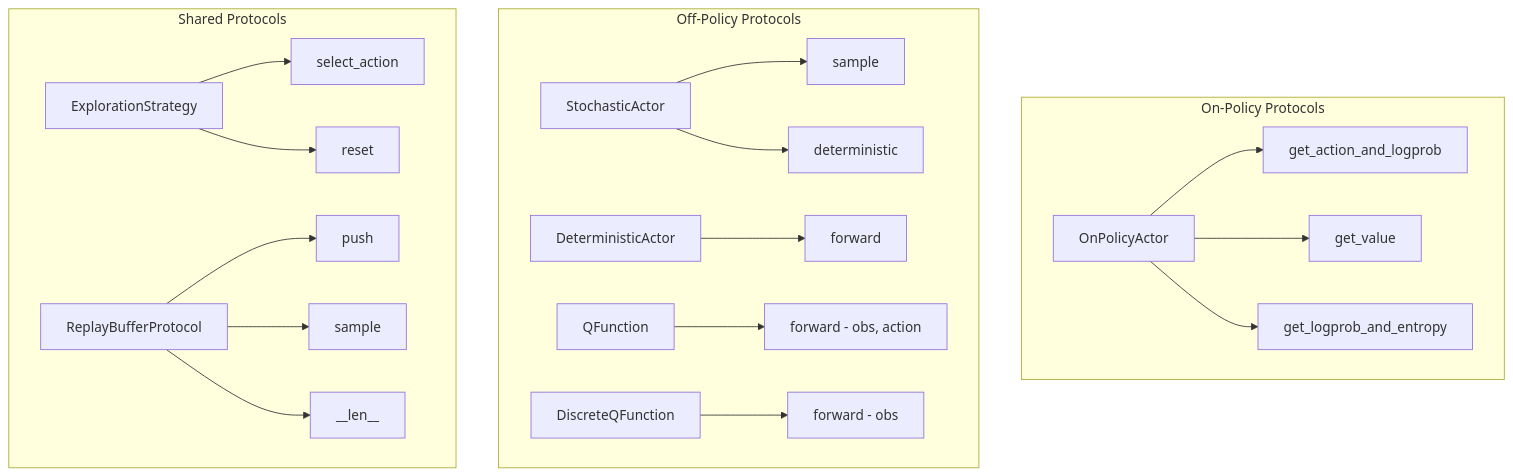
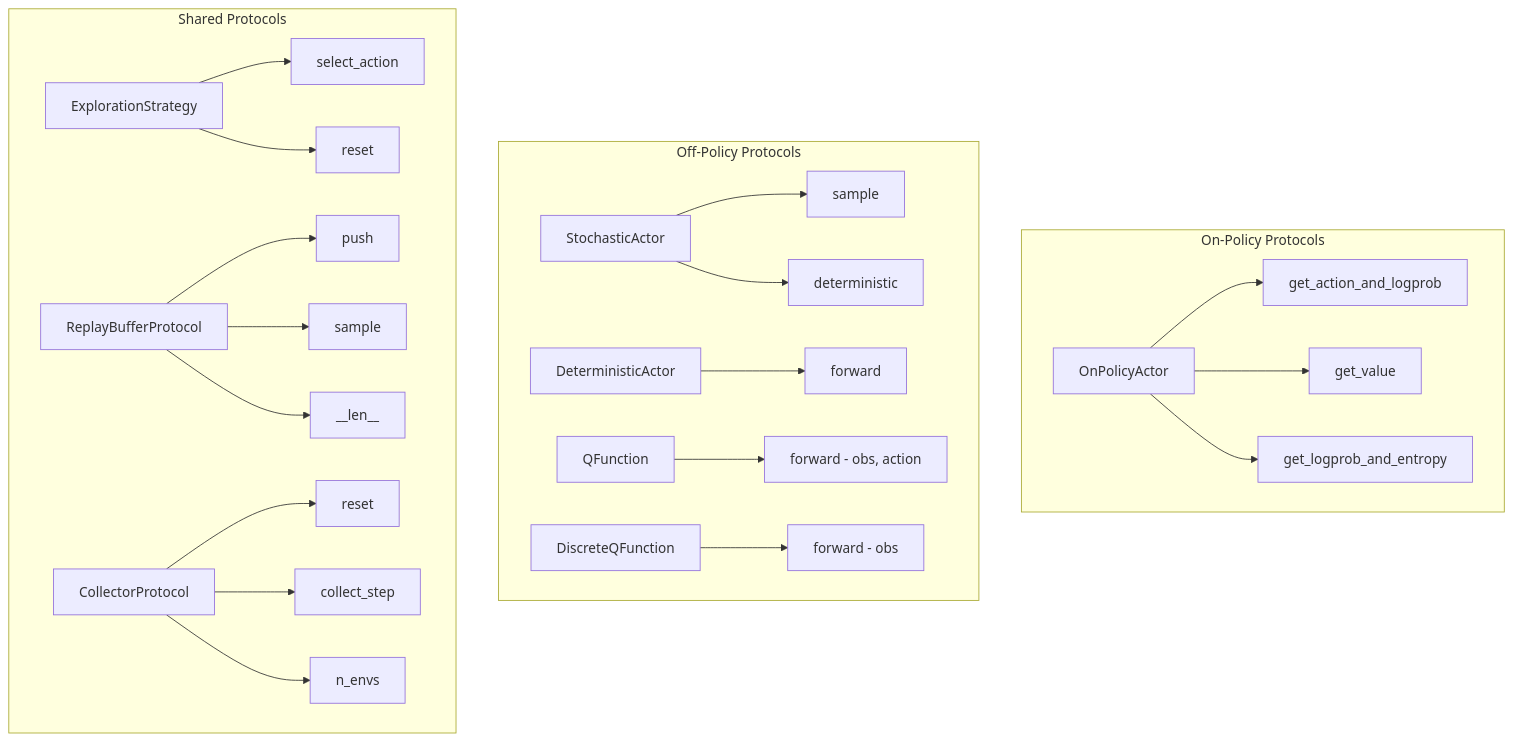
The first of 2 diagrams in docs/tutorials/custom-components.md (riserally/rlox), drawn with Mermaid before and after one commit. The commit also changed other lines of this file and 63 other files, not shown here.

````diff
--- a/docs/tutorials/custom-components.md
+++ b/docs/tutorials/custom-components.md
@@ -9,24 +9,27 @@
 ```mermaid
 graph TD
     subgraph On-Policy[On-Policy Protocols]
         A[OnPolicyActor] --> A1[get_action_and_logprob]
         A --> A2[get_value]
         A --> A3[get_logprob_and_entropy]
     end
 
     subgraph Off-Policy[Off-Policy Protocols]
         B[StochasticActor] --> B1[sample]
         B --> B2[deterministic]
         C[DeterministicActor] --> C1[forward]
         D[QFunction] --> D1[forward - obs, action]
         E[DiscreteQFunction] --> E1[forward - obs]
     end
 
     subgraph Shared[Shared Protocols]
         F[ExplorationStrategy] --> F1[select_action]
         F --> F2[reset]
         G[ReplayBufferProtocol] --> G1[push]
         G --> G2[sample]
         G --> G3[__len__]
+        H[CollectorProtocol] --> H1[reset]
+        H --> H2[collect_step]
+        H --> H3[n_envs]
     end
 ```
````
